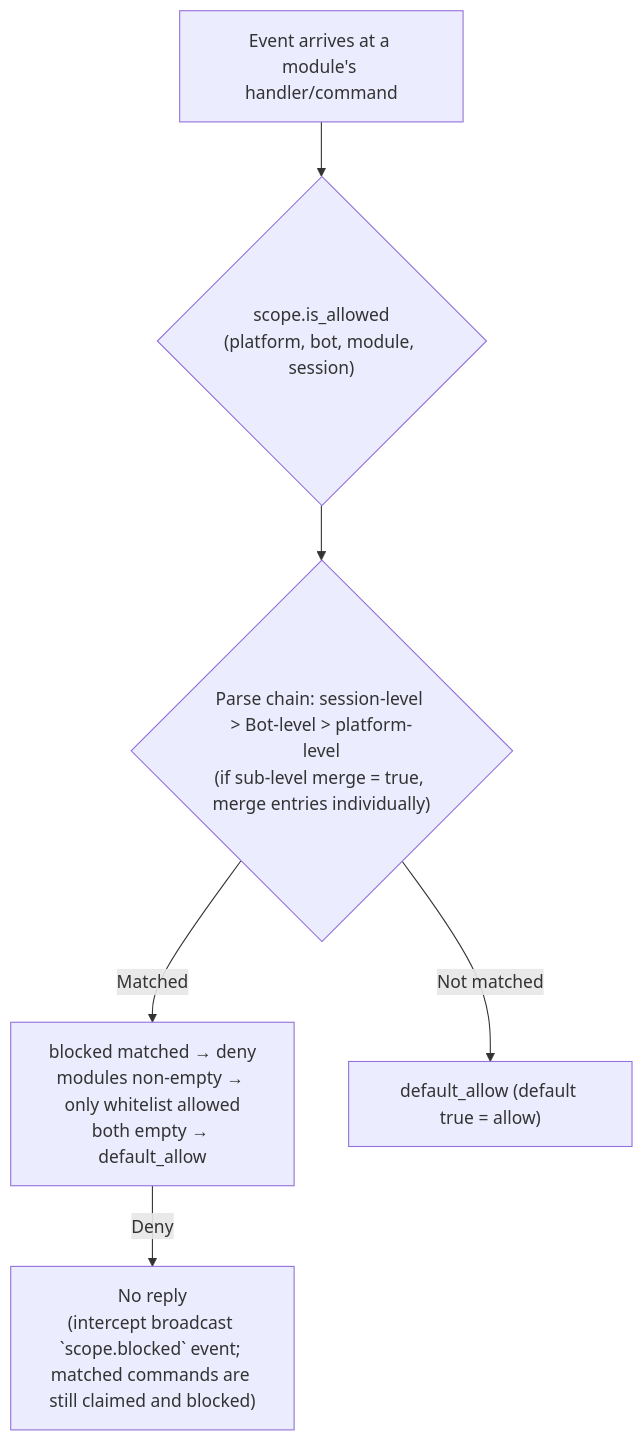
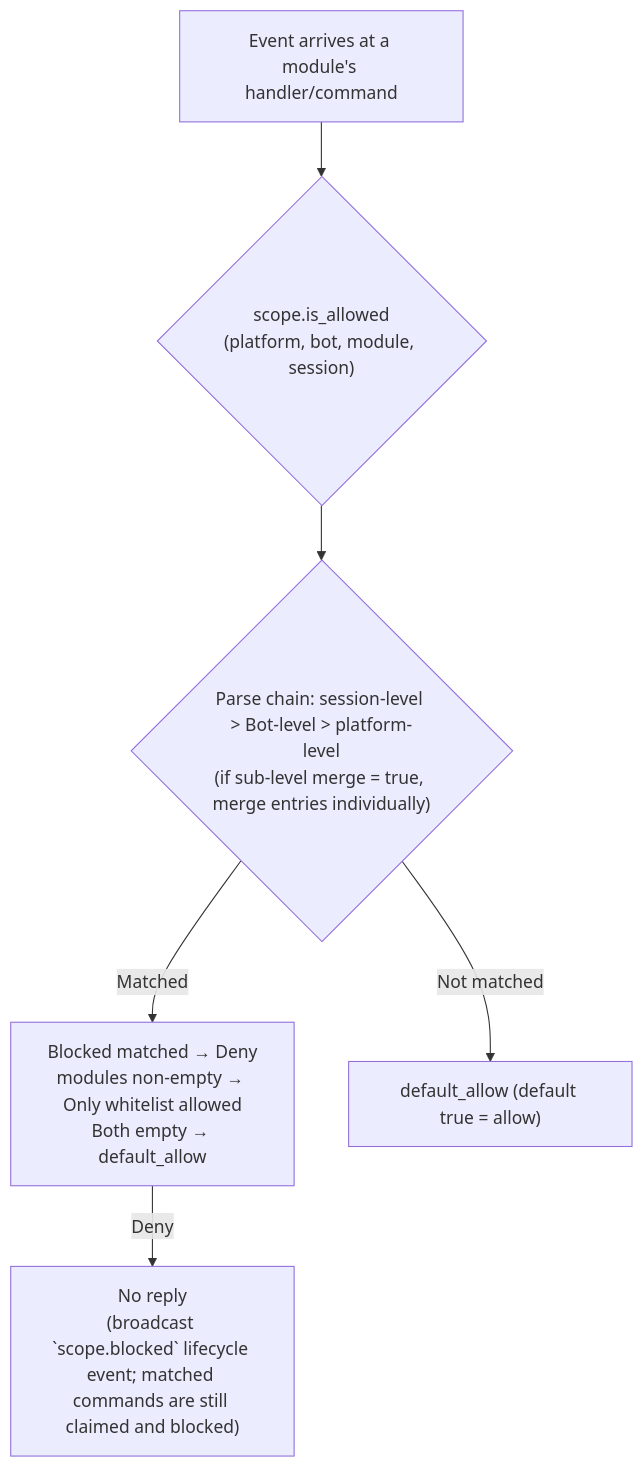
One commit to ErisPulse/ErisPulse changed the diagram in docs/en/advanced/scope.md. Above: the diagram before and after it, drawn with Mermaid. The commit also changed other lines of this file and 828 other files, not shown here.

````diff
--- a/docs/en/advanced/scope.md
+++ b/docs/en/advanced/scope.md
@@ -96,8 +106,8 @@
 ```mermaid
 flowchart TD
     A["Event arrives at a module's handler/command"] --> B{"scope.is_allowed<br/>(platform, bot, module, session)"}
     B --> C{"Parse chain: session-level > Bot-level > platform-level<br/>(if sub-level merge = true, merge entries individually)"}
-    C -->|"Matched"| D["blocked matched → deny<br/>modules non-empty → only whitelist allowed<br/>both empty → default_allow"]
+    C -->|"Matched"| D["Blocked matched → Deny<br/>modules non-empty → Only whitelist allowed<br/>Both empty → default_allow"]
     C -->|"Not matched"| E["default_allow (default true = allow)"]
-    D -->|"Deny"| Z["No reply<br/>(intercept broadcast `scope.blocked` event; matched commands are still claimed and blocked)"]
+    D -->|"Deny"| Z["No reply<br/>(broadcast `scope.blocked` lifecycle event; matched commands are still claimed and blocked)"]
 ```
````
